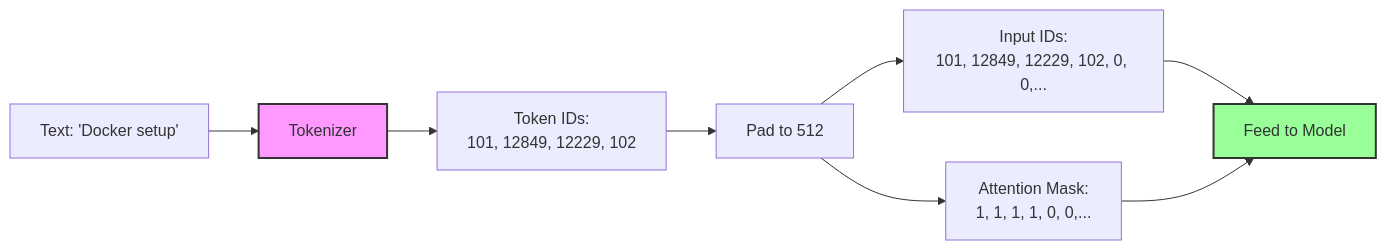
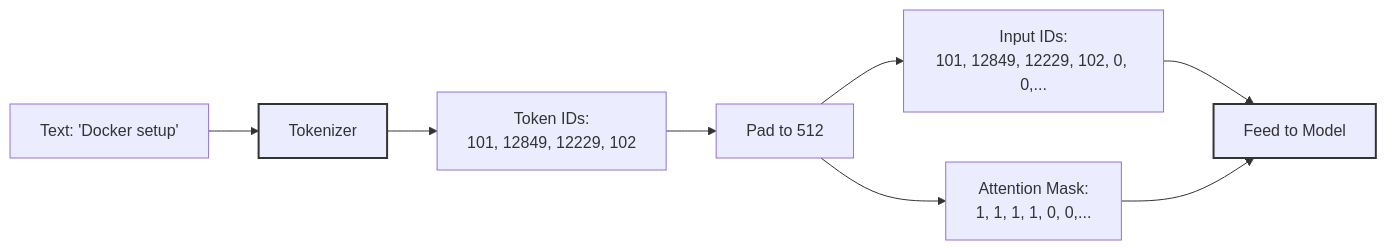
The fourth of 6 diagrams in Mostlylucid/Markdown/building-a-lawyer-gpt-for-your-blog-part3.md (Shaddix/mostlylucidweb), drawn with Mermaid before and after one commit. The commit also changed other lines of this file and 7 other files, not shown here.

First line of the commit message:
Update Mermaid diagrams in Lawyer GPT series for dark mode compatibility

````diff
--- a/Mostlylucid/Markdown/building-a-lawyer-gpt-for-your-blog-part3.md
+++ b/Mostlylucid/Markdown/building-a-lawyer-gpt-for-your-blog-part3.md
@@ -297,14 +302,15 @@
 ```mermaid
 graph LR
     A["Text: 'Docker setup'"] --> B[Tokenizer]
     B --> C[Token IDs:<br/>101, 12849, 12229, 102]
     C --> D[Pad to 512]
     D --> E[Input IDs:<br/>101, 12849, 12229, 102, 0, 0,...]
     D --> F[Attention Mask:<br/>1, 1, 1, 1, 0, 0,...]
 
     E --> G[Feed to Model]
     F --> G
 
-    style B fill:#f9f,stroke:#333,stroke-width:2px
-    style G fill:#9f9,stroke:#333,stroke-width:2px
+    class B,G process
+
+    classDef process stroke:#333,stroke-width:2px
 ```
````
